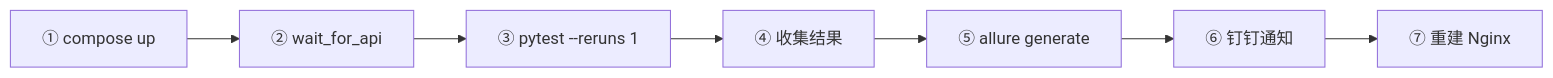
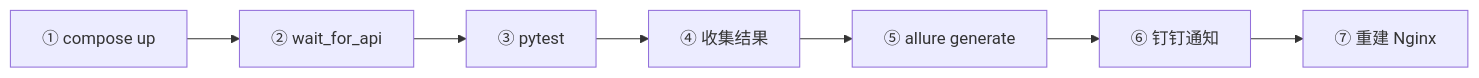
The fifth of 6 diagrams in README.md (Mavie521/ruoyi-api-test), drawn with Mermaid before and after one commit. The commit also changed other lines of this file and 5 other files, not shown here.

````diff
--- a/README.md
+++ b/README.md
@@ -215,9 +215,9 @@
 ```mermaid
 graph LR
     S1["① compose up"] --> S2["② wait_for_api"]
-    S2 --> S3["③ pytest --reruns 1"]
+    S2 --> S3["③ pytest"]
     S3 --> S4["④ 收集结果"]
     S4 --> S5["⑤ allure generate"]
     S5 --> S6["⑥ 钉钉通知"]
     S6 --> S7["⑦ 重建 Nginx"]
 ```
````
